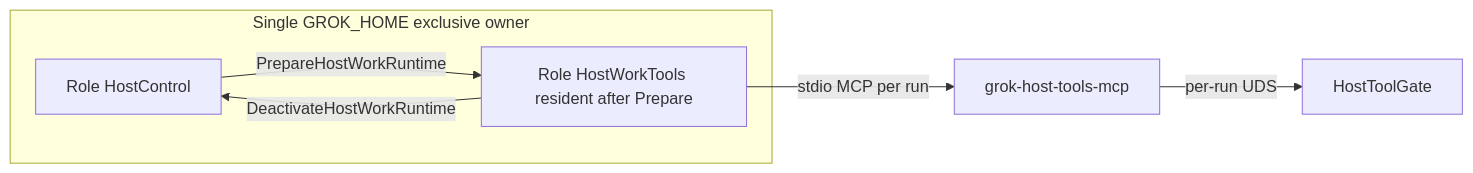
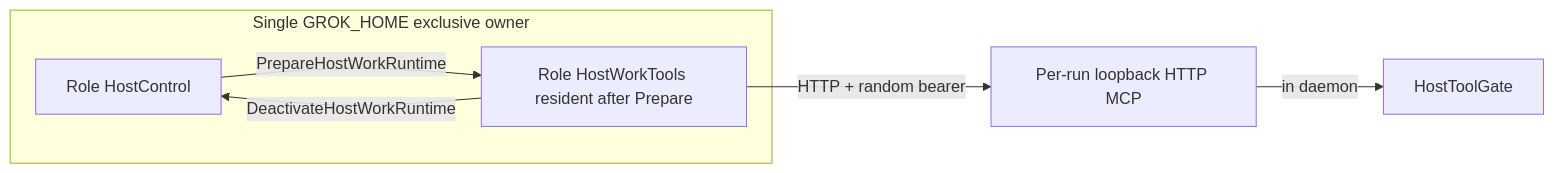
The fourth of 5 diagrams in docs/plan/07-host-tools-opt-in-dual-mode.md (grok-insider/grok-desktop), drawn with Mermaid before and after one commit. The commit also changed other lines of this file and 41 other files, not shown here.

Commit message:
fix(work): complete daemon host tool turns

````diff
--- a/docs/plan/07-host-tools-opt-in-dual-mode.md
+++ b/docs/plan/07-host-tools-opt-in-dual-mode.md
@@ -514,13 +514,13 @@
 ```mermaid
 flowchart LR
   subgraph serial [Single GROK_HOME exclusive owner]
     HC[Role HostControl]
     HWT[Role HostWorkTools resident after Prepare]
     HC -->|PrepareHostWorkRuntime| HWT
     HWT -->|DeactivateHostWorkRuntime| HC
   end
-  Helper[grok-host-tools-mcp]
+  MCP[Per-run loopback HTTP MCP]
   Gate[HostToolGate]
-  HWT -->|stdio MCP per run| Helper
-  Helper -->|per-run UDS| Gate
+  HWT -->|HTTP + random bearer| MCP
+  MCP -->|in daemon| Gate
 ```
````
